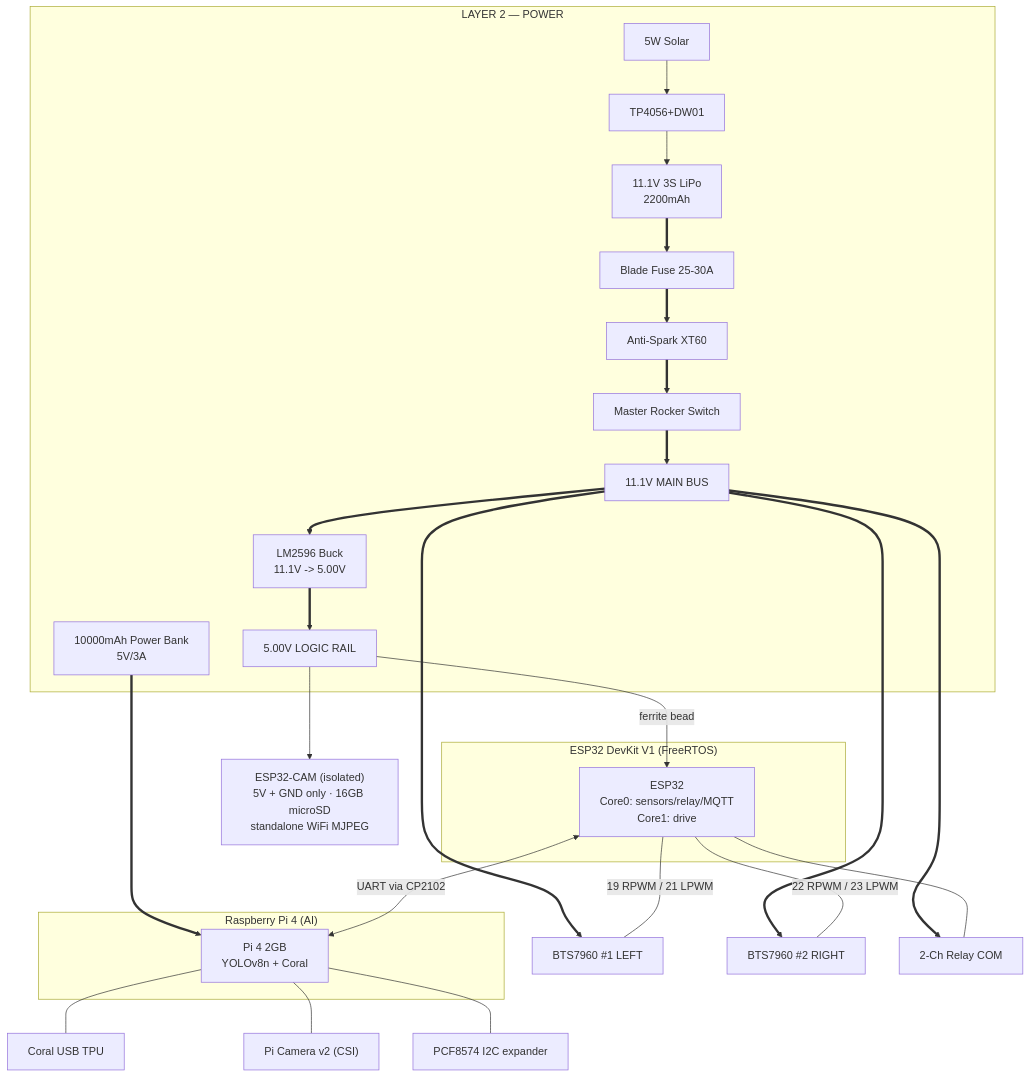
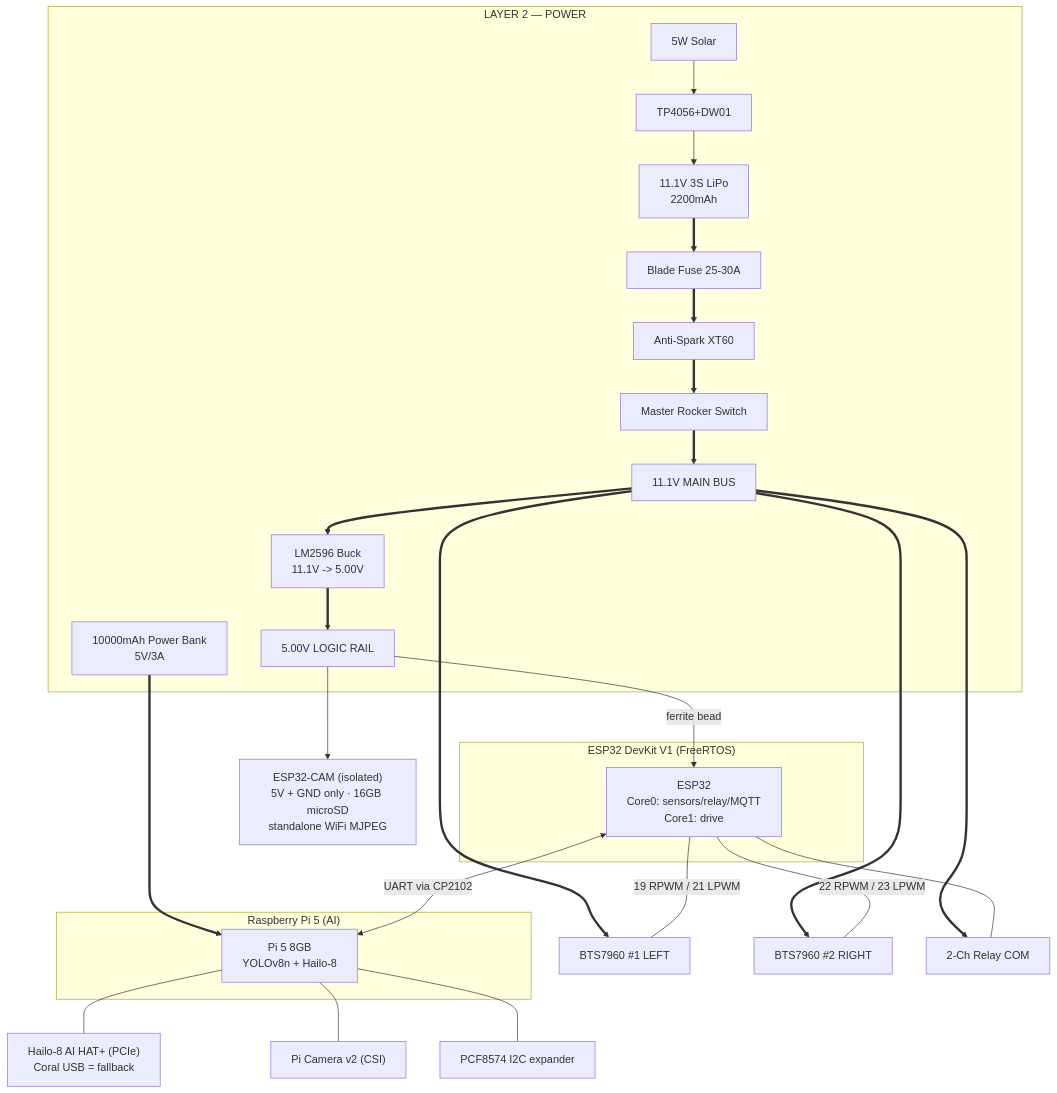
The first of 3 diagrams in docs/circuit-diagram.md (aman123825/agrobot), drawn with Mermaid before and after one commit. The commit also changed other lines of this file and 239 other files, not shown here.

````diff
--- a/docs/circuit-diagram.md
+++ b/docs/circuit-diagram.md
@@ -14,39 +14,39 @@
 ```mermaid
 flowchart TB
     subgraph POWER["LAYER 2 — POWER"]
         LIPO["11.1V 3S LiPo<br/>2200mAh"]
         FUSE["Blade Fuse 25-30A"]
         ASXT["Anti-Spark XT60"]
         SW["Master Rocker Switch"]
         BUS["11.1V MAIN BUS"]
         BUCK["LM2596 Buck<br/>11.1V -> 5.00V"]
         RAIL5["5.00V LOGIC RAIL"]
         PBANK["10000mAh Power Bank<br/>5V/3A"]
         SOLAR["5W Solar"] --> TP["TP4056+DW01"] --> LIPO
         LIPO ==> FUSE ==> ASXT ==> SW ==> BUS
         BUS ==> BUCK ==> RAIL5
     end
 
     subgraph ESP["ESP32 DevKit V1 (FreeRTOS)"]
         E32["ESP32<br/>Core0: sensors/relay/MQTT<br/>Core1: drive"]
     end
 
-    subgraph PI["Raspberry Pi 4 (AI)"]
-        RPI["Pi 4 2GB<br/>YOLOv8n + Coral"]
+    subgraph PI["Raspberry Pi 5 (AI)"]
+        RPI["Pi 5 8GB<br/>YOLOv8n + Hailo-8"]
     end
 
     RAIL5 -->|ferrite bead| E32
     PBANK ==> RPI
     BUS ==> L298L["BTS7960 #1 LEFT"]
     BUS ==> L298R["BTS7960 #2 RIGHT"]
     BUS ==> RLY["2-Ch Relay COM"]
 
     E32 <-->|"UART via CP2102"| RPI
     E32 ---|"19 RPWM / 21 LPWM"| L298L
     E32 ---|"22 RPWM / 23 LPWM"| L298R
     E32 --- RLY
-    RPI --- CORAL["Coral USB TPU"]
+    RPI --- CORAL["Hailo-8 AI HAT+ (PCIe)<br/>Coral USB = fallback"]
     RPI --- CAM["Pi Camera v2 (CSI)"]
     RPI --- PCF["PCF8574 I2C expander"]
     RAIL5 --> ECAM["ESP32-CAM (isolated)<br/>5V + GND only · 16GB microSD<br/>standalone WiFi MJPEG"]
 ```
````
